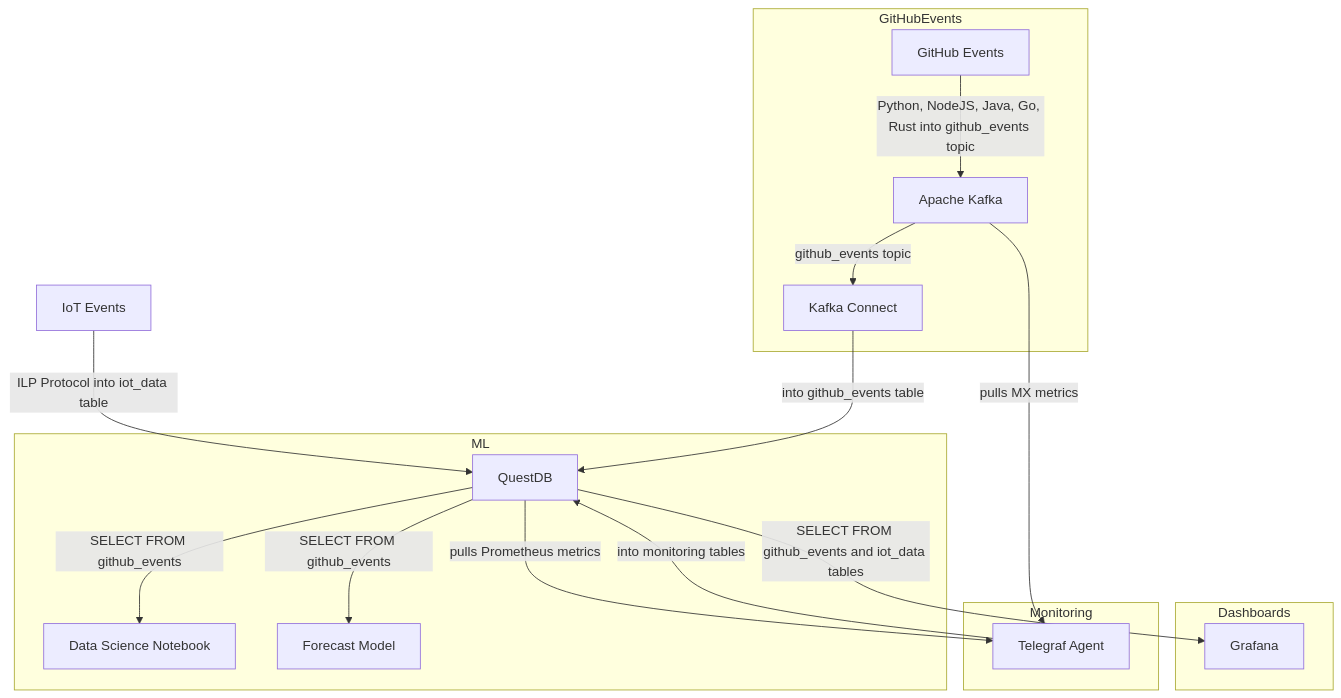
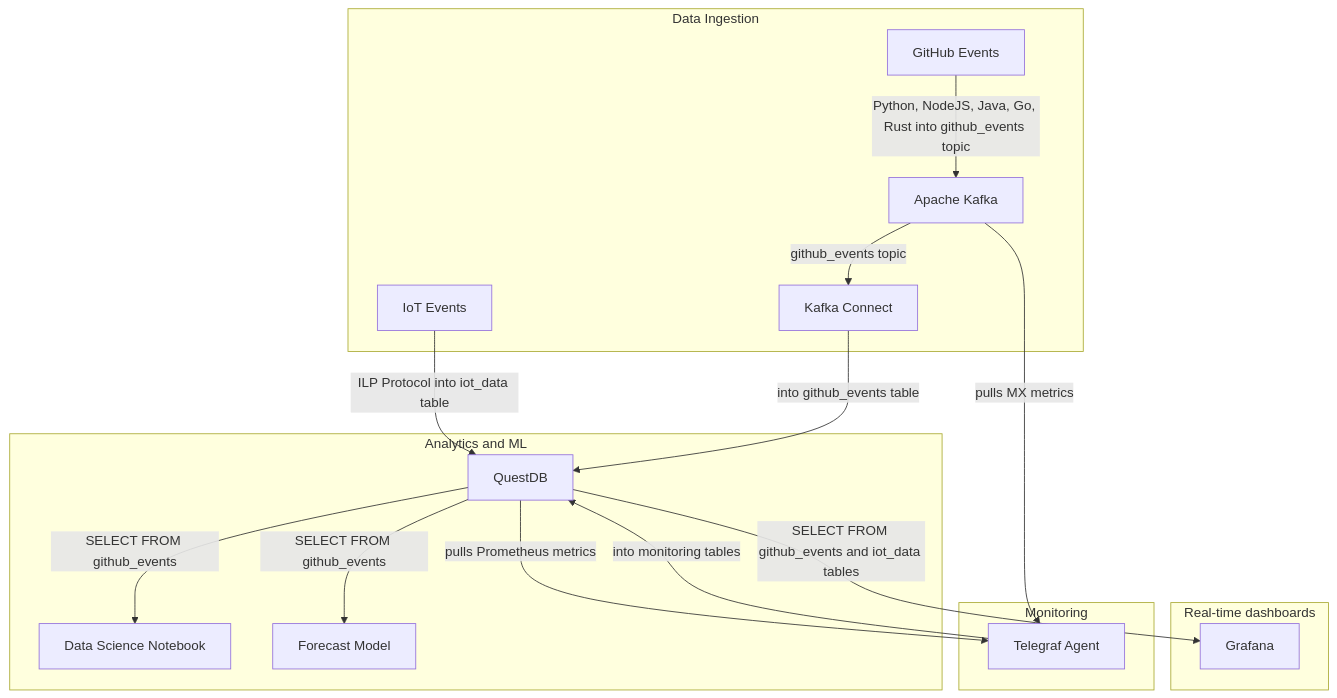
The diagram in README.md (questdb/time-series-streaming-analytics-template), drawn with Mermaid before and after one commit.

Commit message:
revamped mermaid chart

````diff
--- a/README.md
+++ b/README.md
@@ -37,26 +37,28 @@
 ```mermaid
 graph TD
-   IE[IoT Events] -->|ILP Protocol into iot_data table| Q
-  subgraph GitHubEvents
-    GE[GitHub Events] -->|Python, NodeJS, Java, Go, Rust into github_events topic | AK[Apache Kafka]
-    AK -->|github_events topic| KC
-  end
-
-  KC[Kafka Connect] -->|into github_events table| Q[QuestDB]
-
-
-  subgraph ML
+   subgraph "Analytics and ML"
     Q -->|SELECT FROM github_events| DSN[Data Science Notebook]
     Q -->|SELECT FROM github_events| FM[Forecast Model]
   end
 
-  subgraph Dashboards
+
+  subgraph "Data Ingestion"
+    GE[GitHub Events] -->|Python, NodeJS, Java, Go, Rust into github_events topic | AK[Apache Kafka]
+    AK -->|github_events topic| KC
+    IE[IoT Events] -->|ILP Protocol into iot_data table| Q
+    KC[Kafka Connect] -->|into github_events table| Q[QuestDB]
+  end
+
+  subgraph "Real-time dashboards"
     Q -->|SELECT FROM github_events and iot_data tables| G[Grafana]
   end
+
+
 
   subgraph Monitoring
     Q -->|pulls Prometheus metrics| TA[Telegraf Agent]
     AK -->|pulls MX metrics| TA
     TA -->|into monitoring tables| Q
   end
+
 ```
````
